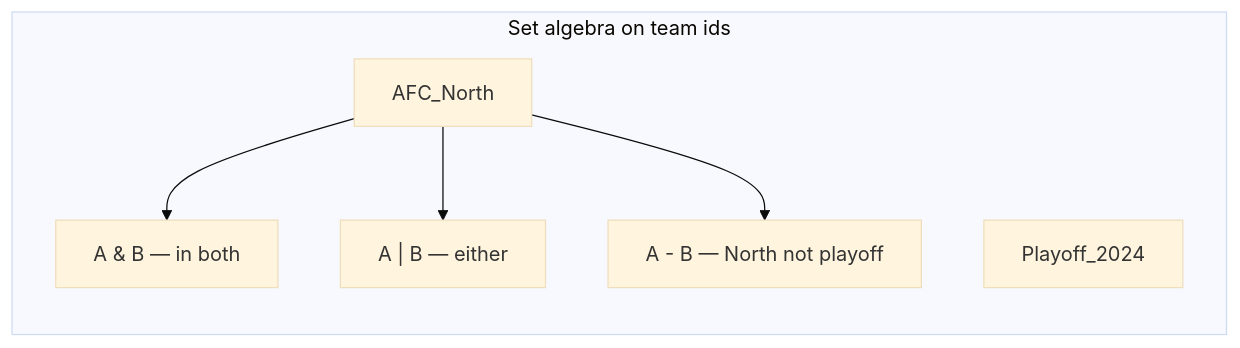
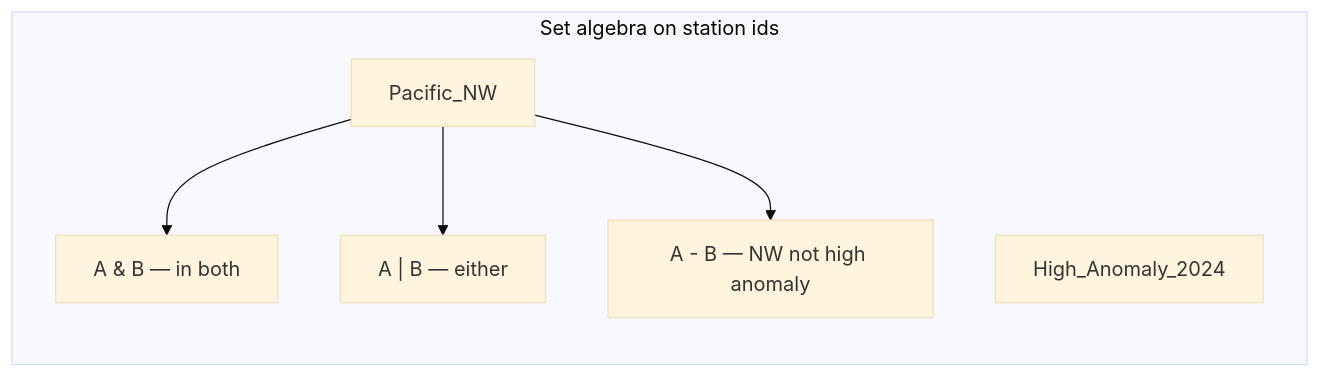
One commit to qgjones9/python-programming-guide changed the first of 4 diagrams in docs/dsa/data-structures/sets/index.md. Above: the diagram before and after it, drawn with Mermaid (base theme). The commit also changed other lines of this file and 29 other files, not shown here.

````diff
--- a/docs/dsa/data-structures/sets/index.md
+++ b/docs/dsa/data-structures/sets/index.md
@@ -31,10 +31,10 @@
 ```mermaid
 flowchart LR
-  subgraph ops["Set algebra on team ids"]
-    A["AFC_North"]
-    B["Playoff_2024"]
+  subgraph ops["Set algebra on station ids"]
+    A["Pacific_NW"]
+    B["High_Anomaly_2024"]
     A --> I["A & B — in both"]
     A --> U["A | B — either"]
-    A --> D["A - B — North not playoff"]
+    A --> D["A - B — NW not high anomaly"]
   end
 ```
````
